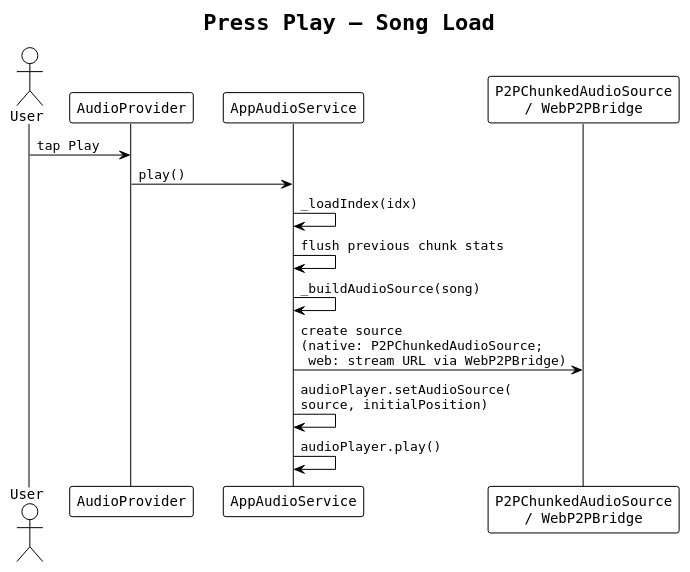
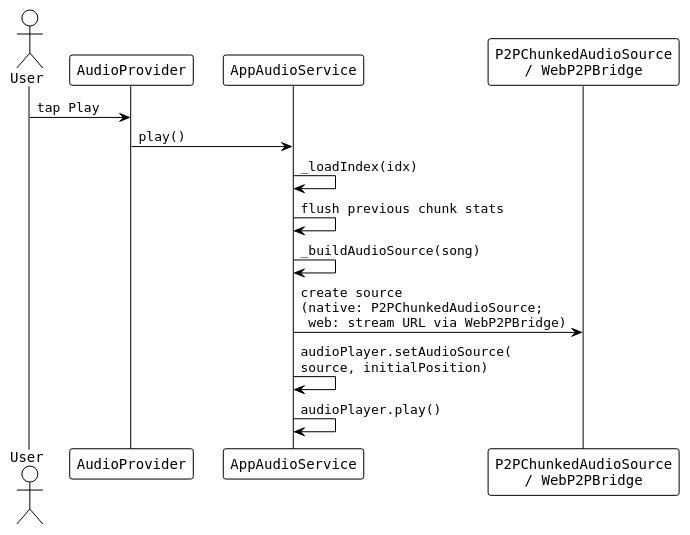
The diagram in diagrams/flow_press_play_load.puml (SDarius22/music-player-project), drawn with PlantUML before and after one commit. The commit also changed 37 other files, not shown here.

Commit message:
thesis + diagrams

```diff
--- a/diagrams/flow_press_play_load.puml
+++ b/diagrams/flow_press_play_load.puml
@@ -1,21 +1,19 @@
 @startuml flow_press_play_load
 !theme plain
 skinparam defaultFontName monospaced
-
-title Press Play — Song Load
 
 actor User
 participant "AudioProvider" as audioProv
 participant "AppAudioService" as audioSvc
 participant "P2PChunkedAudioSource\n/ WebP2PBridge" as chunkPath
 
 User -> audioProv: tap Play
 audioProv -> audioSvc: play()
 audioSvc -> audioSvc: _loadIndex(idx)
 audioSvc -> audioSvc: flush previous chunk stats
 audioSvc -> audioSvc: _buildAudioSource(song)
 audioSvc -> chunkPath: create source\n(native: P2PChunkedAudioSource;\n web: stream URL via WebP2PBridge)
 audioSvc -> audioSvc: audioPlayer.setAudioSource(\nsource, initialPosition)
 audioSvc -> audioSvc: audioPlayer.play()
 
 @enduml
```
